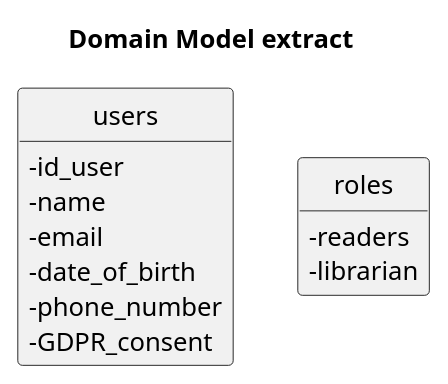
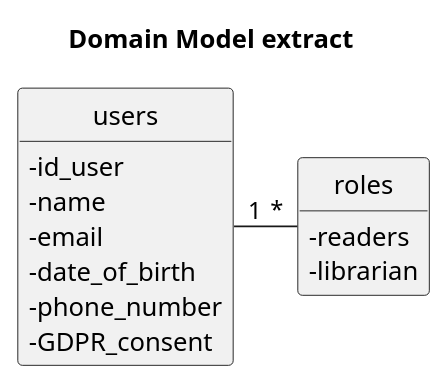
The diagram in docs/Phase_1/WP_3A/US014/US014-MD.puml (GODinho211/psoft-project-G2), drawn with PlantUML before and after one commit.

Commit message:
minor updates

```diff
--- a/docs/Phase_1/WP_3A/US014/US014-MD.puml
+++ b/docs/Phase_1/WP_3A/US014/US014-MD.puml
@@ -1,26 +1,29 @@
 @startuml
 'https://plantuml.com/class-diagram
 hide circle
 skinparam classAttributeIconSize 0
 hide methods
 
 title Domain Model extract
 
 class users {
 
     - id_user
     - name
     - email
     - date_of_birth
     - phone_number
     - GDPR_consent
 
 }
 
 class roles {
 
     - readers
     - librarian
 
 }
+
+users "1" -right-- "*" roles
+
 @enduml
```
